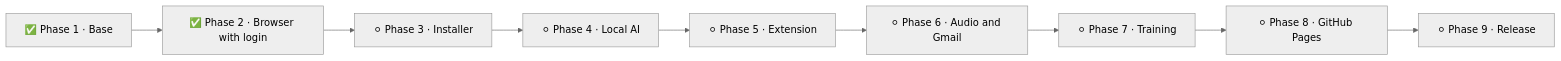
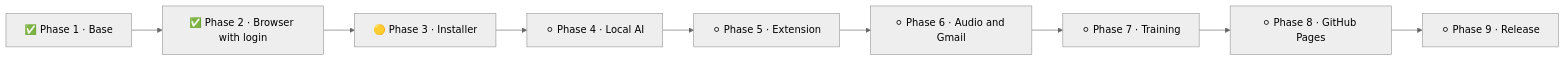
The diagram in wiki/Roadmap.md (fezarosa-dev/joBot), drawn with Mermaid (neutral theme) before and after one commit. The commit also changed other lines of this file and 5 other files, not shown here.

````diff
--- a/wiki/Roadmap.md
+++ b/wiki/Roadmap.md
@@ -12,6 +12,6 @@
 ```mermaid
 flowchart LR
-    F1["✅ Phase 1 · Base"] --> F2["✅ Phase 2 · Browser with login"] --> F3["⚪ Phase 3 · Installer"] --> F4["⚪ Phase 4 · Local AI"]
+    F1["✅ Phase 1 · Base"] --> F2["✅ Phase 2 · Browser with login"] --> F3["🟡 Phase 3 · Installer"] --> F4["⚪ Phase 4 · Local AI"]
     F4 --> F5["⚪ Phase 5 · Extension"] --> F6["⚪ Phase 6 · Audio and Gmail"] --> F7["⚪ Phase 7 · Training"]
     F7 --> F8["⚪ Phase 8 · GitHub Pages"] --> F9["⚪ Phase 9 · Release"]
 ```
````
